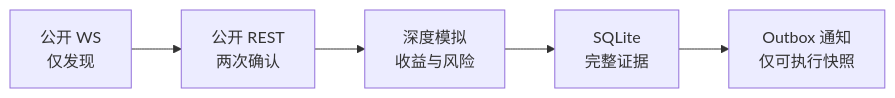
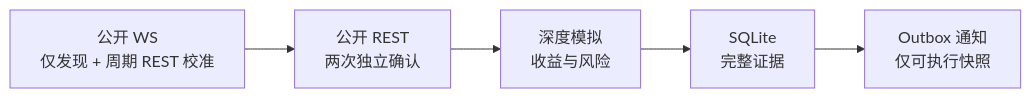
One commit to BananaLF/prediction changed the first of 2 diagrams in STRATEGY.md. Above: the diagram before and after it, drawn with Mermaid. The commit also changed other lines of this file and 15 other files, not shown here.

````diff
--- a/STRATEGY.md
+++ b/STRATEGY.md
@@ -78,7 +80,7 @@
 ```mermaid
 flowchart LR
-    A["公开 WS<br/>仅发现"] --> B["公开 REST<br/>两次确认"]
+    A["公开 WS<br/>仅发现 + 周期 REST 校准"] --> B["公开 REST<br/>两次独立确认"]
     B --> C["深度模拟<br/>收益与风险"]
     C --> D["SQLite<br/>完整证据"]
     D --> E["Outbox 通知<br/>仅可执行快照"]
 ```
````
